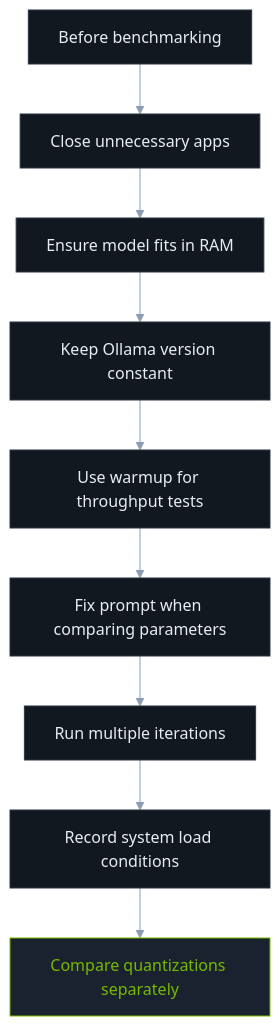
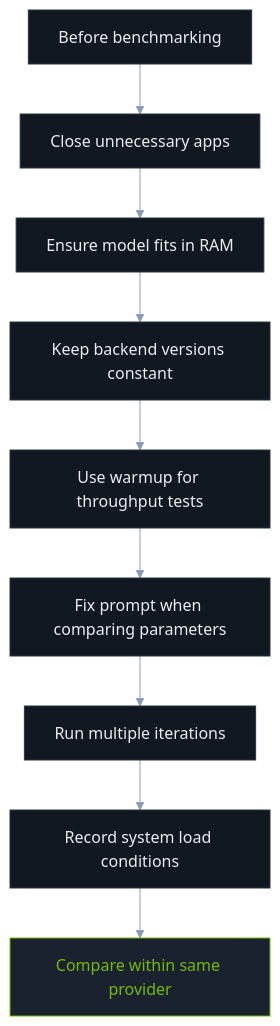
Before and after one commit to vampokala/llm-dashboard: diagram 12 of 12 in DOCUMENTATION.md, drawn with Mermaid. The commit also changed other lines of this file and 3 other files, not shown here.

````diff
--- a/DOCUMENTATION.md
+++ b/DOCUMENTATION.md
@@ -1046,19 +1223,19 @@
 ```mermaid
 %%{init: {"theme": "base", "themeVariables": {"primaryColor": "#1a2230", "primaryTextColor": "#e8edf4", "primaryBorderColor": "#2a3544", "lineColor": "#8b9cb3"}}}%%
 flowchart TD
     A["Before benchmarking"] --> B["Close unnecessary apps"]
     B --> C["Ensure model fits in RAM"]
-    C --> D["Keep Ollama version constant"]
+    C --> D["Keep backend versions constant"]
     D --> E["Use warmup for throughput tests"]
     E --> F["Fix prompt when comparing parameters"]
     F --> G["Run multiple iterations"]
     G --> H["Record system load conditions"]
-    H --> I["Compare quantizations separately"]
+    H --> I["Compare within same provider"]
 
     classDef surface fill:#121820,stroke:#2a3544,color:#e8edf4
     classDef accent fill:#1a2230,stroke:#76b900,color:#76b900
     classDef action fill:#76b900,stroke:#5a8f00,color:#0b0f14
 
     class A,B,C,D,E,F,G,H surface
     class I accent
 ```
````
